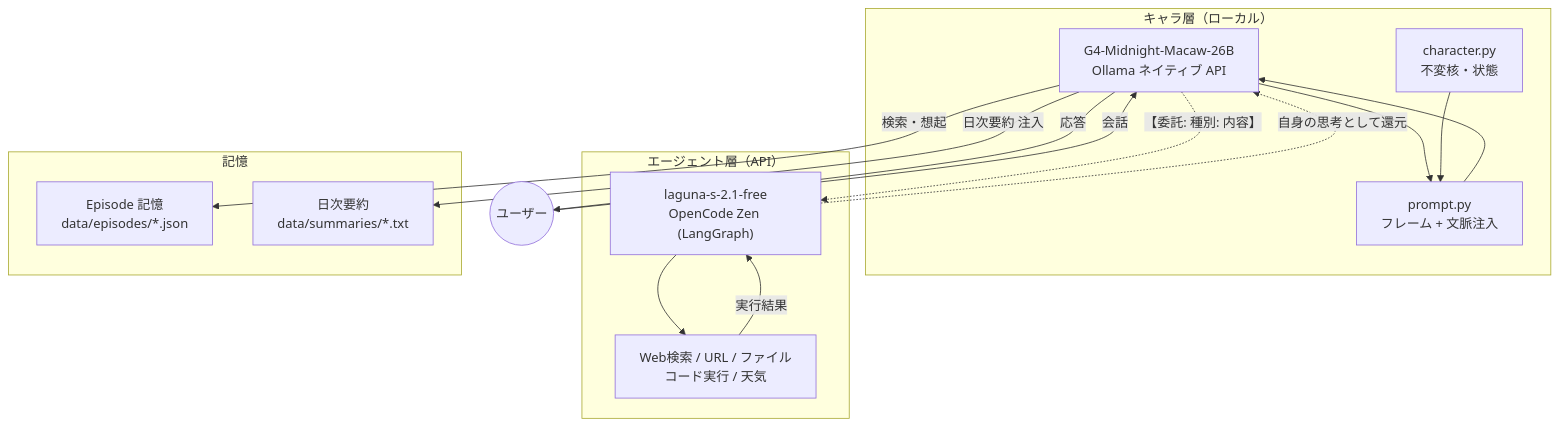
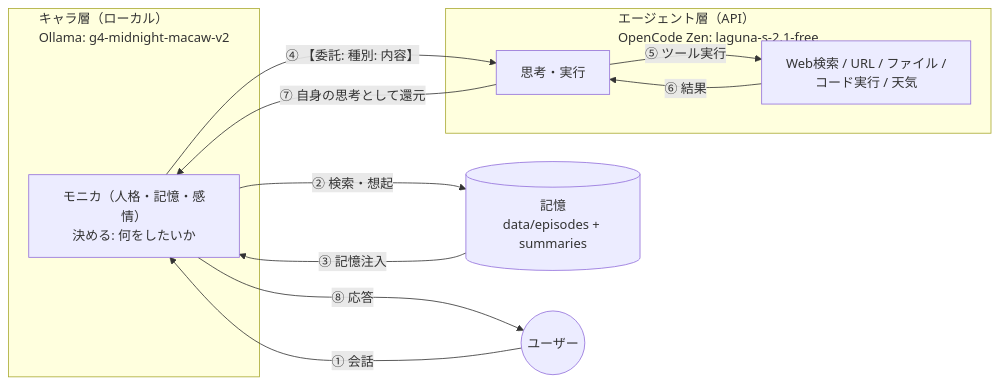
Before and after one commit to kuroron000234/Project-Lucina: the first of 4 diagrams in README.md, drawn with Mermaid.

Commit message:
Redesign overview diagram: LR layout, fewer nodes, numbered flow

````diff
--- a/README.md
+++ b/README.md
@@ -14,28 +14,21 @@
 ```mermaid
-graph TD
-    subgraph Character_Layer["キャラ層（ローカル）"]
-        LLM["G4-Midnight-Macaw-26B<br/>Ollama ネイティブ API"]
-        CHAR["character.py<br/>不変核・状態"]
-        PROMPT["prompt.py<br/>フレーム + 文脈注入"]
+flowchart LR
+    subgraph CL["キャラ層（ローカル）<br/>Ollama: g4-midnight-macaw-v2"]
+        C["モニカ（人格・記憶・感情）<br/>決める: 何をしたいか"]
     end
-    subgraph Agent_Layer["エージェント層（API）"]
-        AGENT["laguna-s-2.1-free<br/>OpenCode Zen (LangGraph)"]
-        TOOLS["Web検索 / URL / ファイル<br/>コード実行 / 天気"]
+    subgraph AL["エージェント層（API）<br/>OpenCode Zen: laguna-s-2.1-free"]
+        A["思考・実行"]
+        T["Web検索 / URL / ファイル /<br/>コード実行 / 天気"]
     end
-    subgraph Memory_Store["記憶"]
-        EPI["Episode 記憶<br/>data/episodes/*.json"]
-        SUM["日次要約<br/>data/summaries/*.txt"]
-    end
-    USER(("ユーザー"))
-    USER -->|会話| LLM
-    LLM --> PROMPT
-    CHAR --> PROMPT
-    PROMPT --> LLM
-    LLM -->|検索・想起| EPI
-    LLM -->|日次要約 注入| SUM
-    LLM -.->|【委託: 種別: 内容】| AGENT
-    AGENT --> TOOLS
-    TOOLS -->|実行結果| AGENT
-    AGENT -.->|自身の思考として還元| LLM
-    LLM -->|応答| USER
+    M[("記憶<br/>data/episodes + summaries")]
+    U(("ユーザー"))
+
+    U -->|① 会話| C
+    C -->|② 検索・想起| M
+    M -->|③ 記憶注入| C
+    C -->|④ 【委託: 種別: 内容】| A
+    A -->|⑤ ツール実行| T
+    T -->|⑥ 結果| A
+    A -->|⑦ 自身の思考として還元| C
+    C -->|⑧ 応答| U
 ```
````
